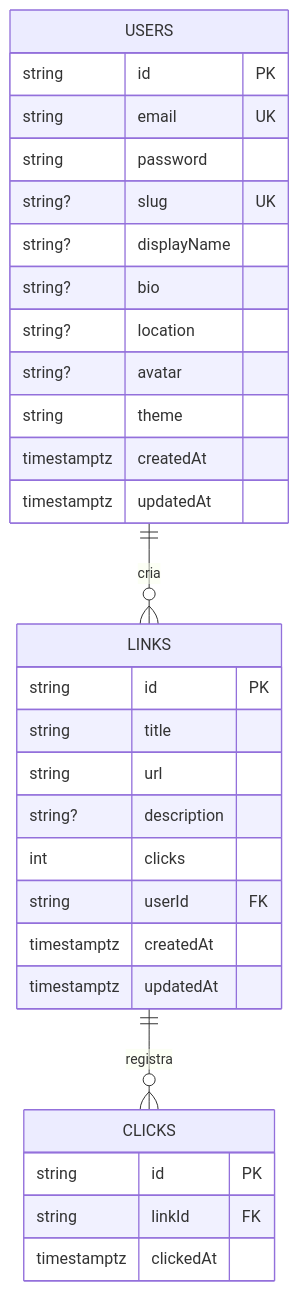
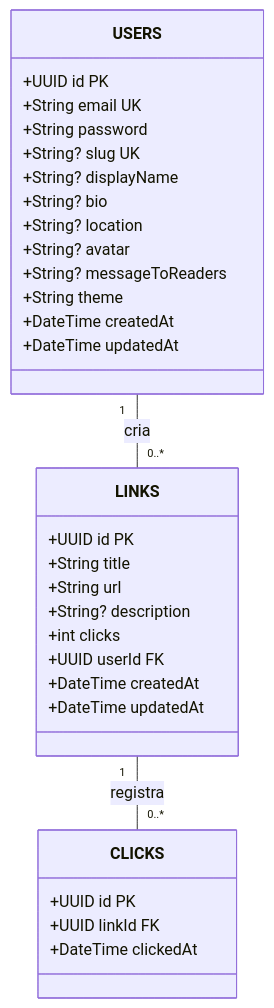
One commit to ddamaceno/NodeTree changed the diagram in README.md. Above: the diagram before and after it, drawn with Mermaid. The commit also changed other lines of this file, not shown here.

Commit message:
docs(readme): use classDiagram with boxes showing attributes and relationships

````diff
--- a/README.md
+++ b/README.md
@@ -240,36 +213,37 @@
 ```mermaid
-erDiagram
-    USERS ||--o{ LINKS : cria
-    LINKS ||--o{ CLICKS : registra
-    
-    USERS {
-        string id PK
-        string email UK
-        string password
-        string? slug UK
-        string? displayName
-        string? bio
-        string? location
-        string? avatar
-        string theme
-        timestamptz createdAt
-        timestamptz updatedAt
+classDiagram
+    class USERS {
+        +UUID id PK
+        +String email UK
+        +String password
+        +String? slug UK
+        +String? displayName
+        +String? bio
+        +String? location
+        +String? avatar
+        +String? messageToReaders
+        +String theme
+        +DateTime createdAt
+        +DateTime updatedAt
     }
     
-    LINKS {
-        string id PK
-        string title
-        string url
-        string? description
-        int clicks
-        string userId FK
-        timestamptz createdAt
-        timestamptz updatedAt
+    class LINKS {
+        +UUID id PK
+        +String title
+        +String url
+        +String? description
+        +int clicks
+        +UUID userId FK
+        +DateTime createdAt
+        +DateTime updatedAt
     }
     
-    CLICKS {
-        string id PK
-        string linkId FK
-        timestamptz clickedAt
+    class CLICKS {
+        +UUID id PK
+        +UUID linkId FK
+        +DateTime clickedAt
     }
+    
+    USERS "1" -- "0..*" LINKS : cria
+    LINKS "1" -- "0..*" CLICKS : registra
 ```
````
